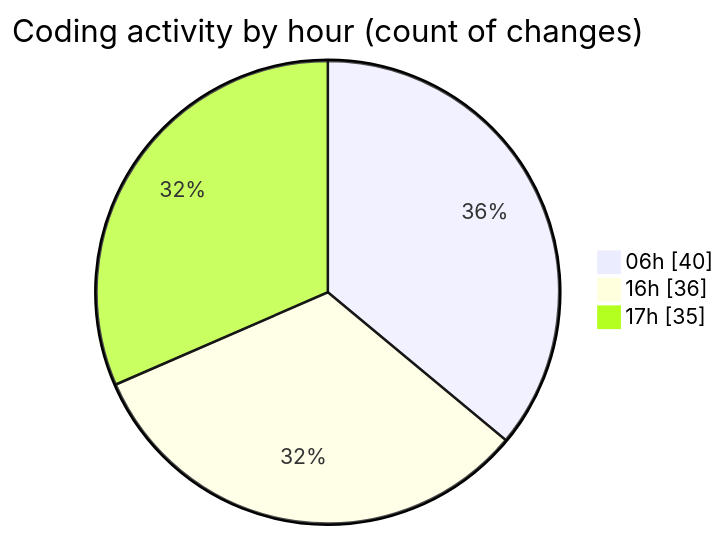
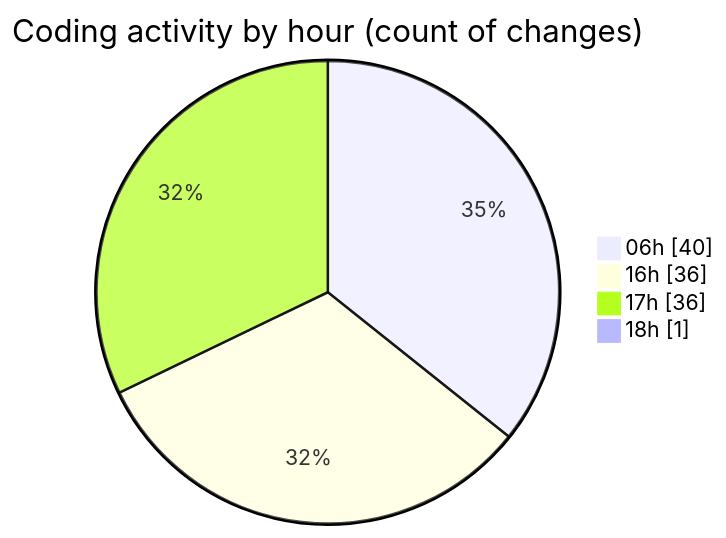
The second of 2 diagrams in 2025-02-25/micros/README.md (charlie-sans/code-tracking), drawn with Mermaid before and after one commit. The commit also changed other lines of this file and 1 other file, not shown here.

````diff
--- a/2025-02-25/micros/README.md
+++ b/2025-02-25/micros/README.md
@@ -66,7 +66,8 @@
 ```mermaid
 pie showData
 title Coding activity by hour (count of changes)
 "06h" : 40
 "16h" : 36
-"17h" : 35
+"17h" : 36
+"18h" : 1
 ```
````
